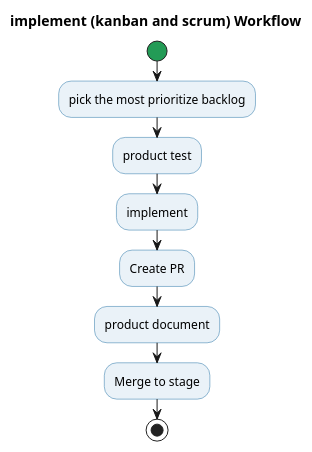
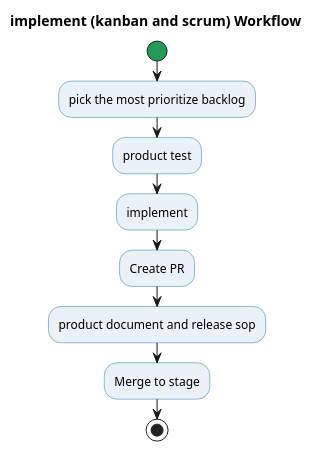
Before and after one commit to sovannotychea/ori-test: the diagram in docs/implement.puml, drawn with PlantUML. The commit also changed 3 other files, not shown here.

```diff
--- a/docs/implement.puml
+++ b/docs/implement.puml
@@ -2,21 +2,21 @@
 @startuml
 title implement (kanban and scrum) Workflow
 skinparam backgroundColor white
 skinparam shadowing false
 skinparam activity {
   BackgroundColor #EAF2F8
   BorderColor #2874A6
   DiamondBackgroundColor #FCF3CF
   DiamondBorderColor #B7950B
   StartColor #239B56
   EndColor #C0392B
 }
 start
 :pick the most prioritize backlog;
 :product test;
 :implement;
 :Create PR;
-:product document;
+:product document and release sop;
 :Merge to stage;
 stop
 @enduml
```
